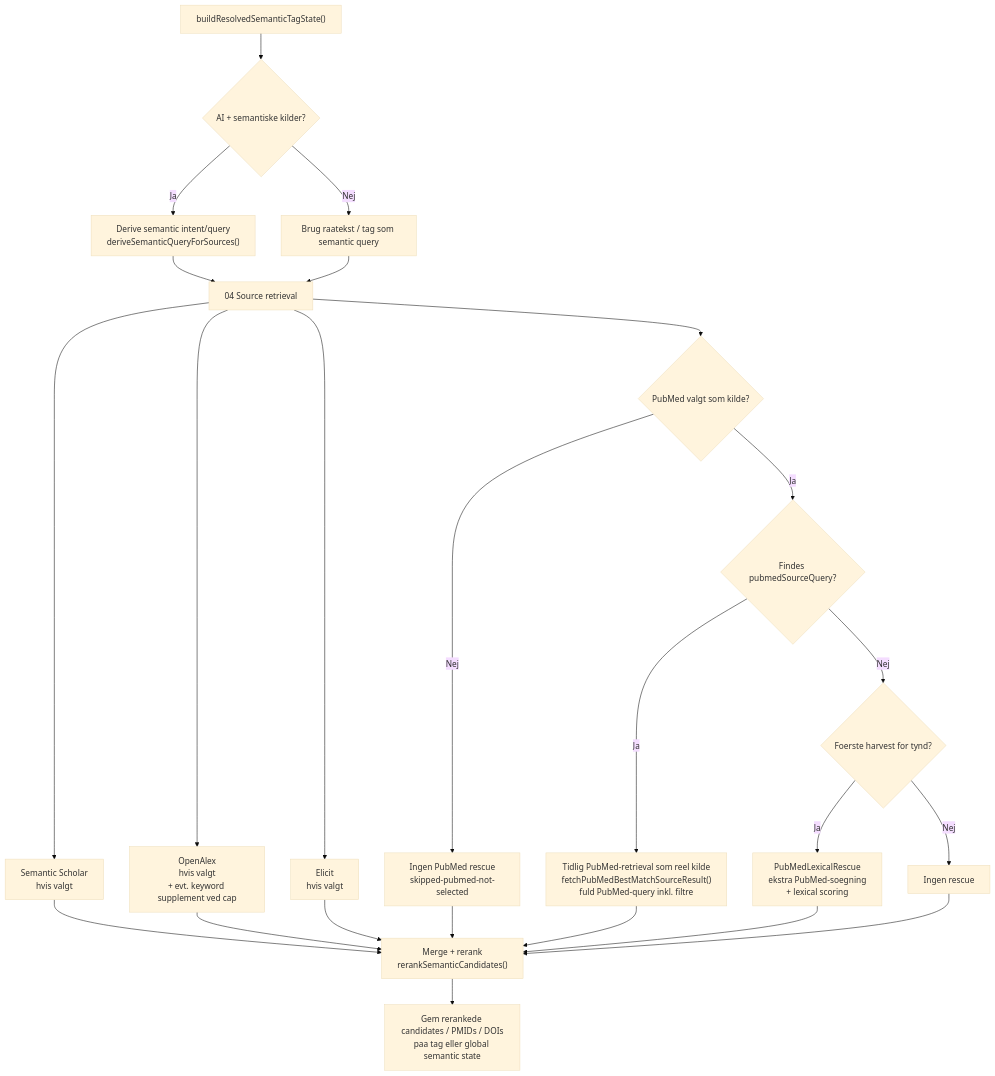
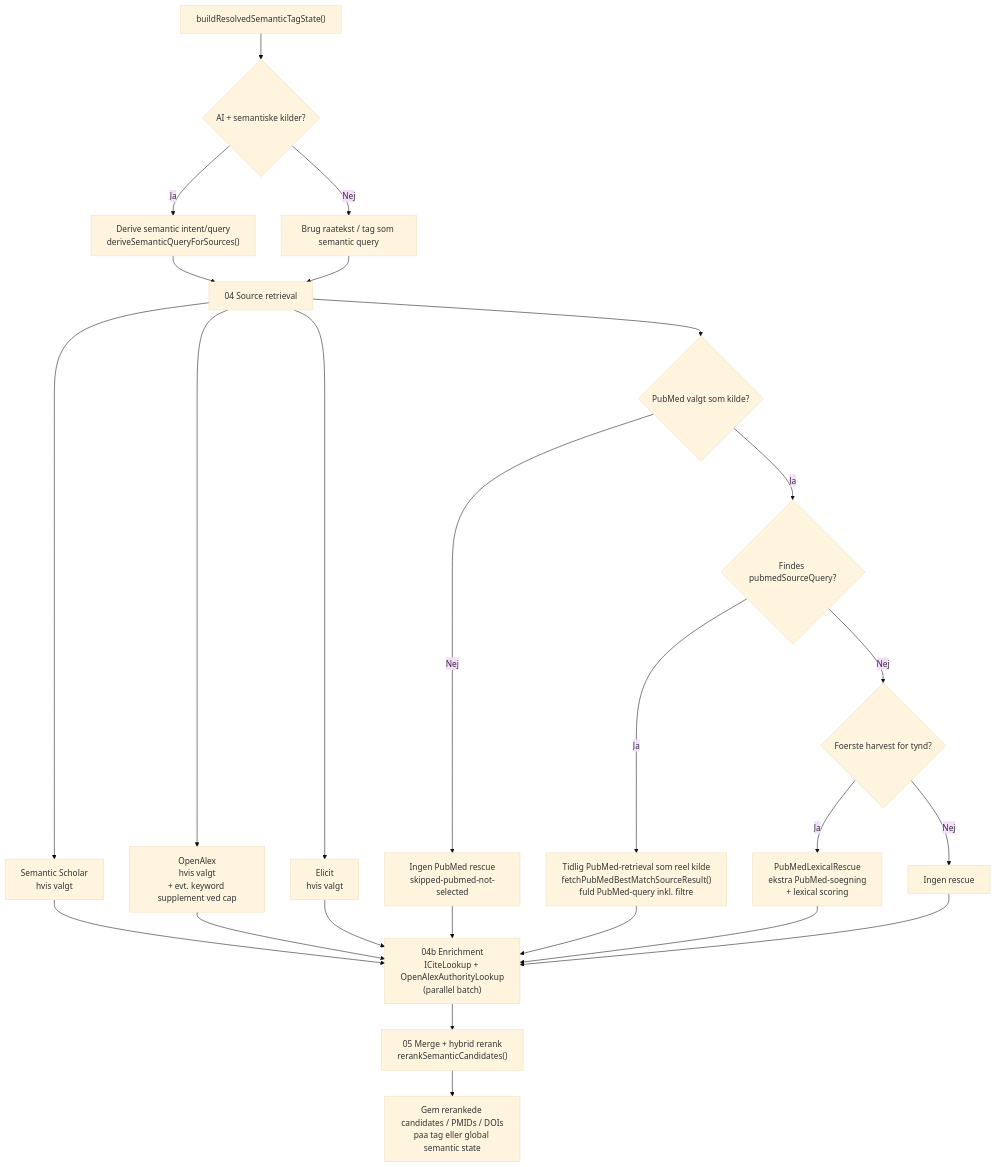
One commit to danishdiabetesknowledgecenter/QuickPubMed changed the second of 5 diagrams in backend/docs/search-flow-diagram.md. Above: the diagram before and after it, drawn with Mermaid (base theme). The commit also changed other lines of this file and 11 other files, not shown here.

````diff
--- a/backend/docs/search-flow-diagram.md
+++ b/backend/docs/search-flow-diagram.md
@@ -55,35 +57,36 @@
 ```mermaid
 flowchart TD
   A["buildResolvedSemanticTagState()"] --> B{"AI + semantiske kilder?"}
 
   B -- "Ja" --> C["Derive semantic intent/query<br/>deriveSemanticQueryForSources()"]
   B -- "Nej" --> D["Brug raatekst / tag som semantic query"]
 
   C --> E["04 Source retrieval"]
   D --> E
 
   E --> SS["Semantic Scholar<br/>hvis valgt"]
   E --> OA["OpenAlex<br/>hvis valgt<br/>+ evt. keyword supplement ved cap"]
   E --> EL["Elicit<br/>hvis valgt"]
 
   E --> PM{"PubMed valgt som kilde?"}
 
   PM -- "Nej" --> PM0["Ingen PubMed rescue<br/>skipped-pubmed-not-selected"]
 
   PM -- "Ja" --> PM1{"Findes pubmedSourceQuery?"}
   PM1 -- "Ja" --> PM2["Tidlig PubMed-retrieval som reel kilde<br/>fetchPubMedBestMatchSourceResult()<br/>fuld PubMed-query inkl. filtre"]
   PM1 -- "Nej" --> PM3{"Foerste harvest for tynd?"}
 
   PM3 -- "Ja" --> PM4["PubMedLexicalRescue<br/>ekstra PubMed-soegning<br/>+ lexical scoring"]
   PM3 -- "Nej" --> PM5["Ingen rescue"]
 
-  SS --> M["Merge + rerank<br/>rerankSemanticCandidates()"]
-  OA --> M
-  EL --> M
-  PM0 --> M
-  PM2 --> M
-  PM4 --> M
-  PM5 --> M
+  SS --> EN["04b Enrichment<br/>ICiteLookup + OpenAlexAuthorityLookup<br/>(parallel batch)"]
+  OA --> EN
+  EL --> EN
+  PM0 --> EN
+  PM2 --> EN
+  PM4 --> EN
+  PM5 --> EN
 
+  EN --> M["05 Merge + hybrid rerank<br/>rerankSemanticCandidates()"]
   M --> N["Gem rerankede candidates / PMIDs / DOIs<br/>paa tag eller global semantic state"]
 ```
````
